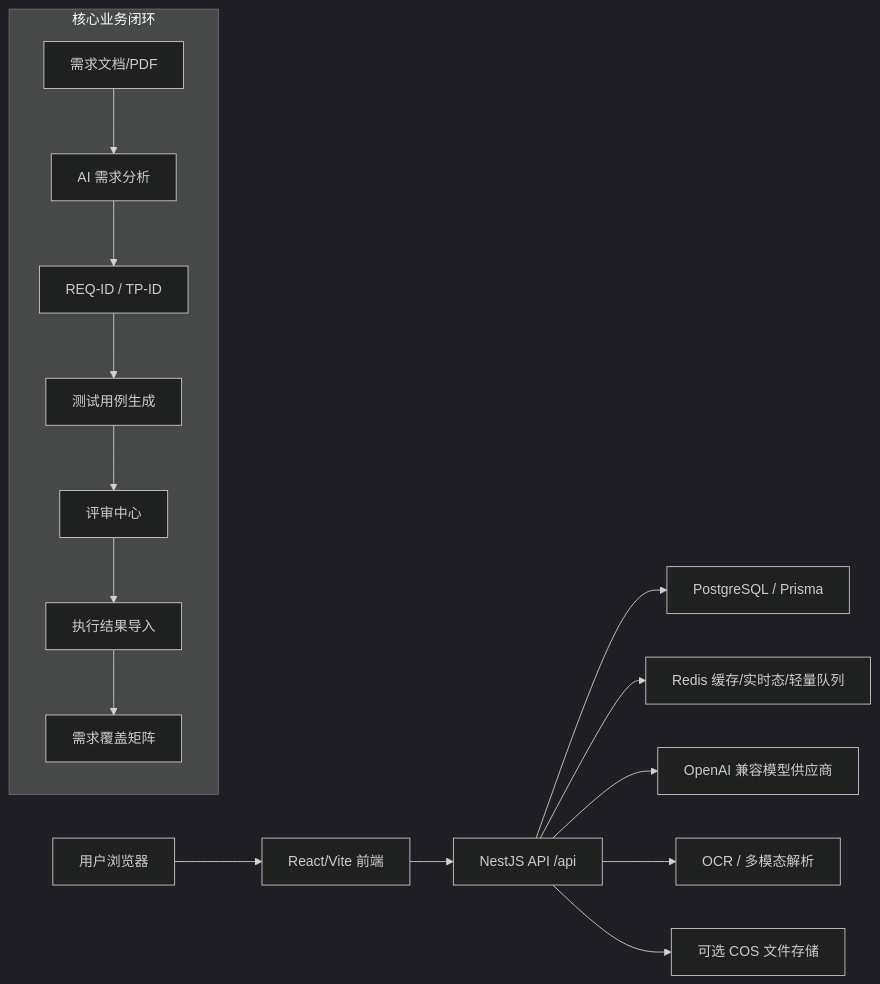
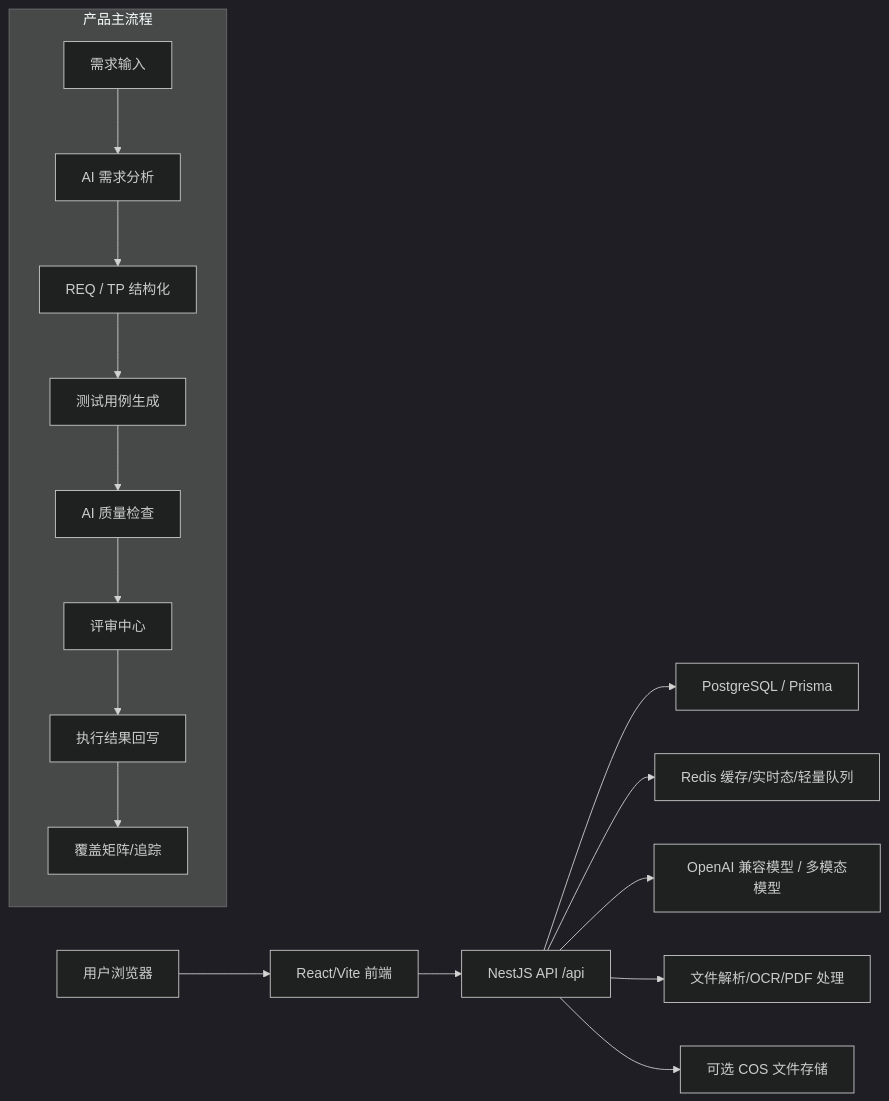
One commit to junqi21263/lewis-testcase-platform changed the diagram in README.md. Above: the diagram before and after it, drawn with Mermaid (dark theme). The commit also changed other lines of this file and 17 other files, not shown here.

````diff
--- a/README.md
+++ b/README.md
@@ -47,19 +84,20 @@
 ```mermaid
 flowchart LR
   U["用户浏览器"] --> FE["React/Vite 前端"]
   FE --> API["NestJS API /api"]
   API --> DB["PostgreSQL / Prisma"]
   API --> R["Redis 缓存/实时态/轻量队列"]
-  API --> AI["OpenAI 兼容模型供应商"]
-  API --> OCR["OCR / 多模态解析"]
+  API --> AI["OpenAI 兼容模型 / 多模态模型"]
+  API --> FS["文件解析/OCR/PDF 处理"]
   API --> COS["可选 COS 文件存储"]
 
-  subgraph Core["核心业务闭环"]
-    A["需求文档/PDF"] --> B["AI 需求分析"]
-    B --> C["REQ-ID / TP-ID"]
+  subgraph Flow["产品主流程"]
+    A["需求输入"] --> B["AI 需求分析"]
+    B --> C["REQ / TP 结构化"]
     C --> D["测试用例生成"]
-    D --> E["评审中心"]
-    E --> F["执行结果导入"]
-    F --> G["需求覆盖矩阵"]
+    D --> E["AI 质量检查"]
+    E --> F["评审中心"]
+    F --> G["执行结果回写"]
+    G --> H["覆盖矩阵/追踪"]
   end
 ```
````
